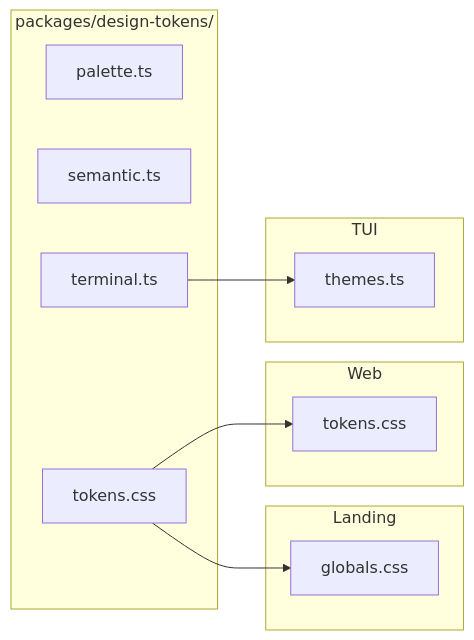
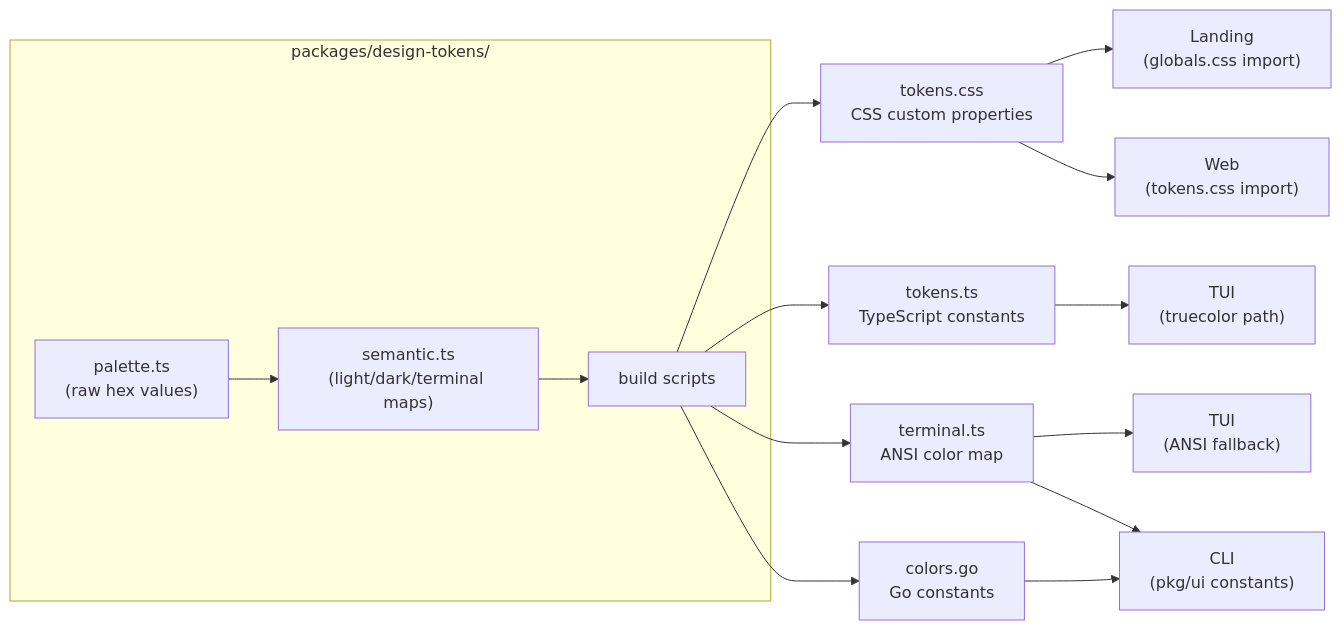
The second of 4 diagrams in docs/architecture/design-system.md (gh-curious-otter/bc), drawn with Mermaid before and after one commit. The commit also changed other lines of this file, not shown here.

Commit message:
docs: rewrite design-system.md — TUI is API client, remove legacy framing

````diff
--- a/docs/architecture/design-system.md
+++ b/docs/architecture/design-system.md
@@ -120,21 +212,23 @@
 ```mermaid
 flowchart LR
-    subgraph PKG["packages/design-tokens/"]
-        palette["palette.ts"]
-        semantic["semantic.ts"]
-        terminal["terminal.ts"]
-        css["tokens.css"]
+    subgraph "packages/design-tokens/"
+        PALETTE["palette.ts\n(raw hex values)"]
+        SEMANTIC["semantic.ts\n(light/dark/terminal maps)"]
+        BUILD["build scripts"]
     end
-    subgraph Landing
-        LG["globals.css"]
-    end
-    subgraph Web
-        WT["tokens.css"]
-    end
-    subgraph TUI
-        TT["themes.ts"]
-    end
-    css --> LG
-    css --> WT
-    terminal --> TT
+
+    PALETTE --> SEMANTIC
+    SEMANTIC --> BUILD
+
+    BUILD --> CSS["tokens.css\nCSS custom properties"]
+    BUILD --> TS["tokens.ts\nTypeScript constants"]
+    BUILD --> ANSI["terminal.ts\nANSI color map"]
+    BUILD --> GO["colors.go\nGo constants"]
+
+    CSS --> LANDING["Landing\n(globals.css import)"]
+    CSS --> WEB["Web\n(tokens.css import)"]
+    TS --> TUI_HEX["TUI\n(truecolor path)"]
+    ANSI --> TUI_ANSI["TUI\n(ANSI fallback)"]
+    ANSI --> CLI["CLI\n(pkg/ui constants)"]
+    GO --> CLI
 ```
````
